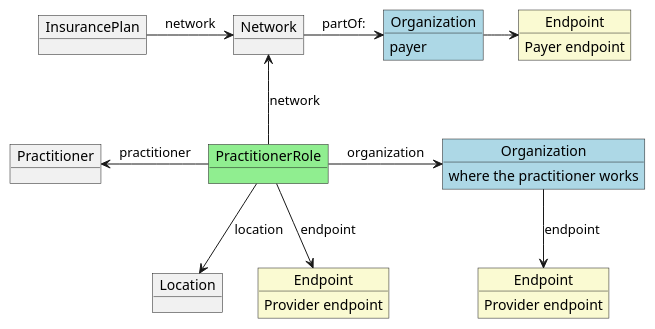
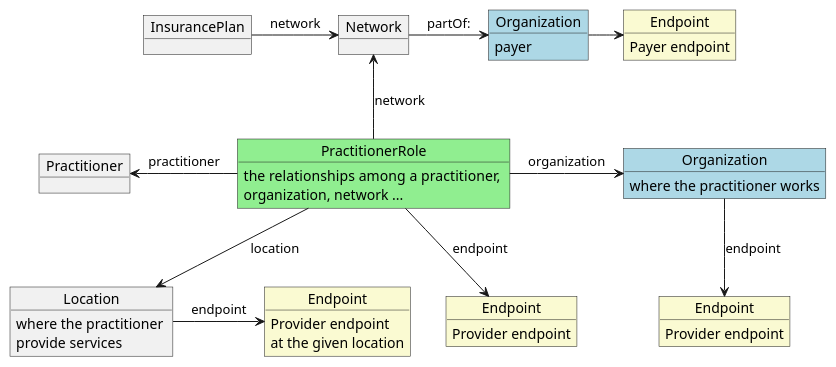
Before and after one commit to HL7/fhir-us-ndh: the diagram in input/images-source/Provider-api.plantuml, drawn with PlantUML. The commit also changed 1 other file, not shown here.

```diff
--- a/input/images-source/Provider-api.plantuml
+++ b/input/images-source/Provider-api.plantuml
@@ -1,29 +1,34 @@
 @startuml
 
 object "Practitioner" as p
 object "PractitionerRole" as pr #LightGreen
+pr : the relationships among a practitioner, \norganization, network ...
 object "Organization" as o #LightBlue
 o : where the practitioner works
 object "Organization" as o2  #LightBlue
 o2 : payer
 object "Location" as l
+l : where the practitioner \nprovide services
 object "Network" as n
 object "Endpoint" as e1 #LightGoldenRodYellow
 e1 : Provider endpoint
 object "Endpoint" as e2 #LightGoldenRodYellow
 e2 : Provider endpoint
 object "Endpoint" as e3 #LightGoldenRodYellow
 e3 : Payer endpoint
+object "Endpoint" as e4 #LightGoldenRodYellow
+e4 : Provider endpoint \nat the given location
 object "InsurancePlan" as i
 
 p <- pr : practitioner
 pr -> o : organization
 o -down-> e2 : endpoint
 pr -down-> l : location
+l -right-> e4 : endpoint
 pr -up-> n : network
 o2 <-left- n : partOf: 
 o2 -right-> e3
 pr -down-> e1 : endpoint
 i -> n : network
 
 @enduml
```
